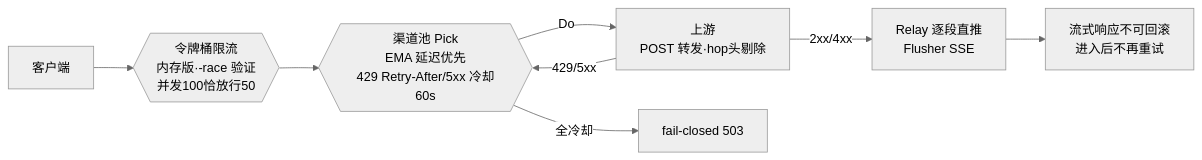
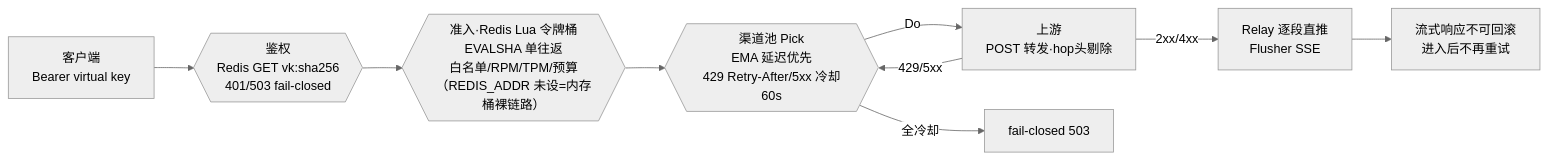
The diagram in README.md (anlanjc/agentgate-go), drawn with Mermaid (neutral theme) before and after one commit. The commit also changed other lines of this file and 8 other files, not shown here.

First line of the commit message:
feat(m1): Redis 鉴权+Lua 准入（REDIS_ADDR 双模式）+ M1 口径压测回填，29 测试全绿

````diff
--- a/README.md
+++ b/README.md
@@ -9,10 +9,11 @@
 ```mermaid
 flowchart LR
-    C[客户端] --> RL{{令牌桶限流<br/>内存版·-race 验证<br/>并发100恰放行50}}
+    C[客户端<br/>Bearer virtual key] --> A{{鉴权<br/>Redis GET vk:sha256<br/>401/503 fail-closed}}
+    A --> RL{{准入·Redis Lua 令牌桶<br/>EVALSHA 单往返<br/>白名单/RPM/TPM/预算<br/>（REDIS_ADDR 未设=内存桶裸链路）}}
     RL --> P{{渠道池 Pick<br/>EMA 延迟优先<br/>429 Retry-After/5xx 冷却60s}}
     P -->|Do| UP[上游<br/>POST 转发·hop头剔除]
     UP -->|2xx/4xx| REL[Relay 逐段直推<br/>Flusher SSE]
     UP -->|429/5xx| P
     REL --> OK[流式响应不可回滚<br/>进入后不再重试]
     P -->|全冷却| FC[fail-closed 503]
 ```
````
